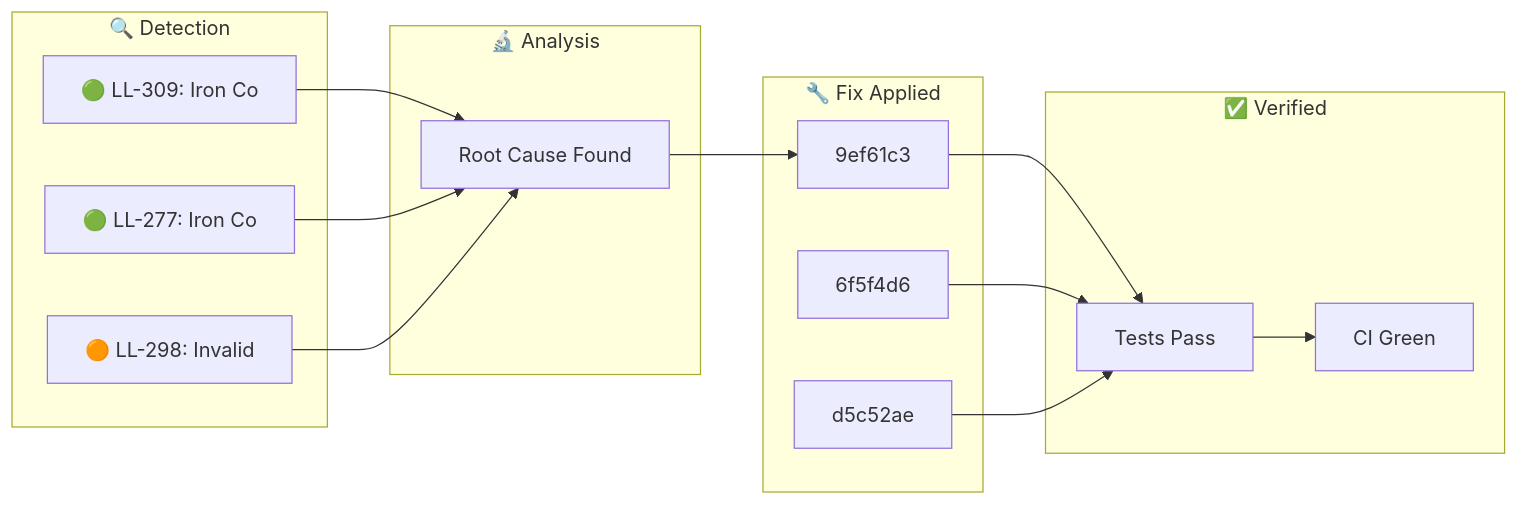
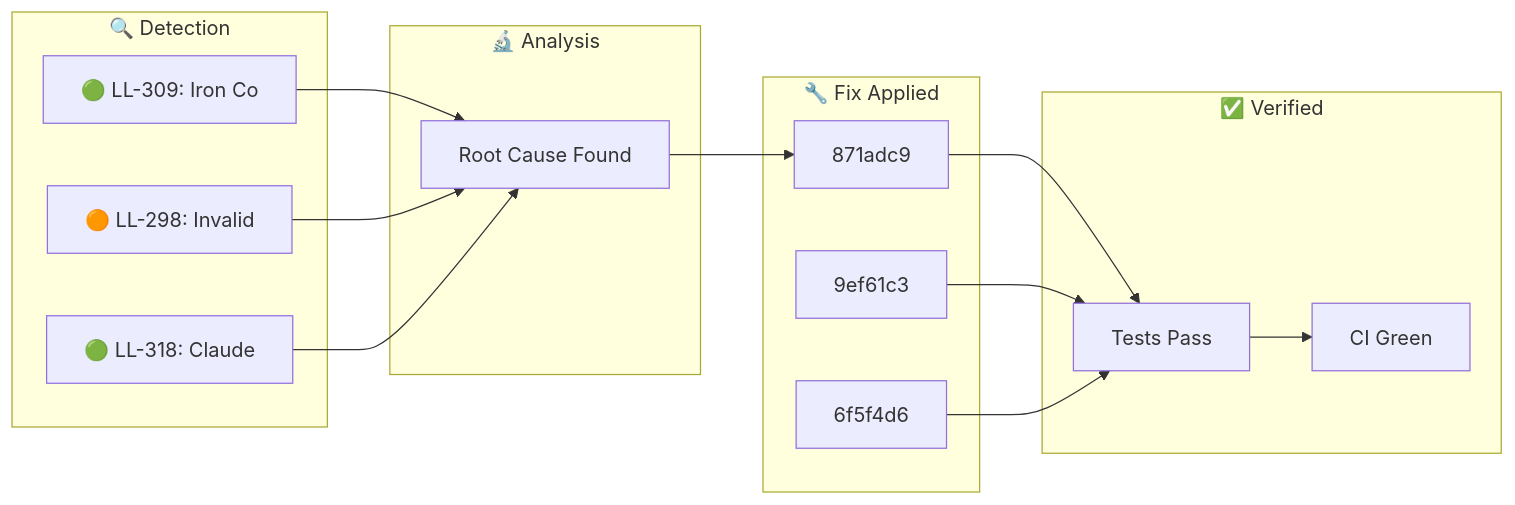
Before and after one commit to YoByron/trading: the diagram in docs/_posts/2026-01-29-ralph-discovery.md, drawn with Mermaid. The commit also changed other lines of this file, not shown here.

````diff
--- a/docs/_posts/2026-01-29-ralph-discovery.md
+++ b/docs/_posts/2026-01-29-ralph-discovery.md
@@ -17,28 +17,28 @@
 ```mermaid
 flowchart LR
     subgraph Detection["🔍 Detection"]
         D1["🟢 LL-309: Iron Co"]
-        D2["🟢 LL-277: Iron Co"]
-        D3["🟠 LL-298: Invalid"]
+        D2["🟠 LL-298: Invalid"]
+        D3["🟢 LL-318: Claude "]
     end
     subgraph Analysis["🔬 Analysis"]
         A1["Root Cause Found"]
     end
     subgraph Fix["🔧 Fix Applied"]
-        F1["9ef61c3"]
-        F2["6f5f4d6"]
-        F3["d5c52ae"]
+        F1["871adc9"]
+        F2["9ef61c3"]
+        F3["6f5f4d6"]
     end
     subgraph Verify["✅ Verified"]
         V1["Tests Pass"]
         V2["CI Green"]
     end
     D1 --> A1
     D2 --> A1
     D3 --> A1
     A1 --> F1
     F1 --> V1
     F2 --> V1
     F3 --> V1
     V1 --> V2
 ```
````
